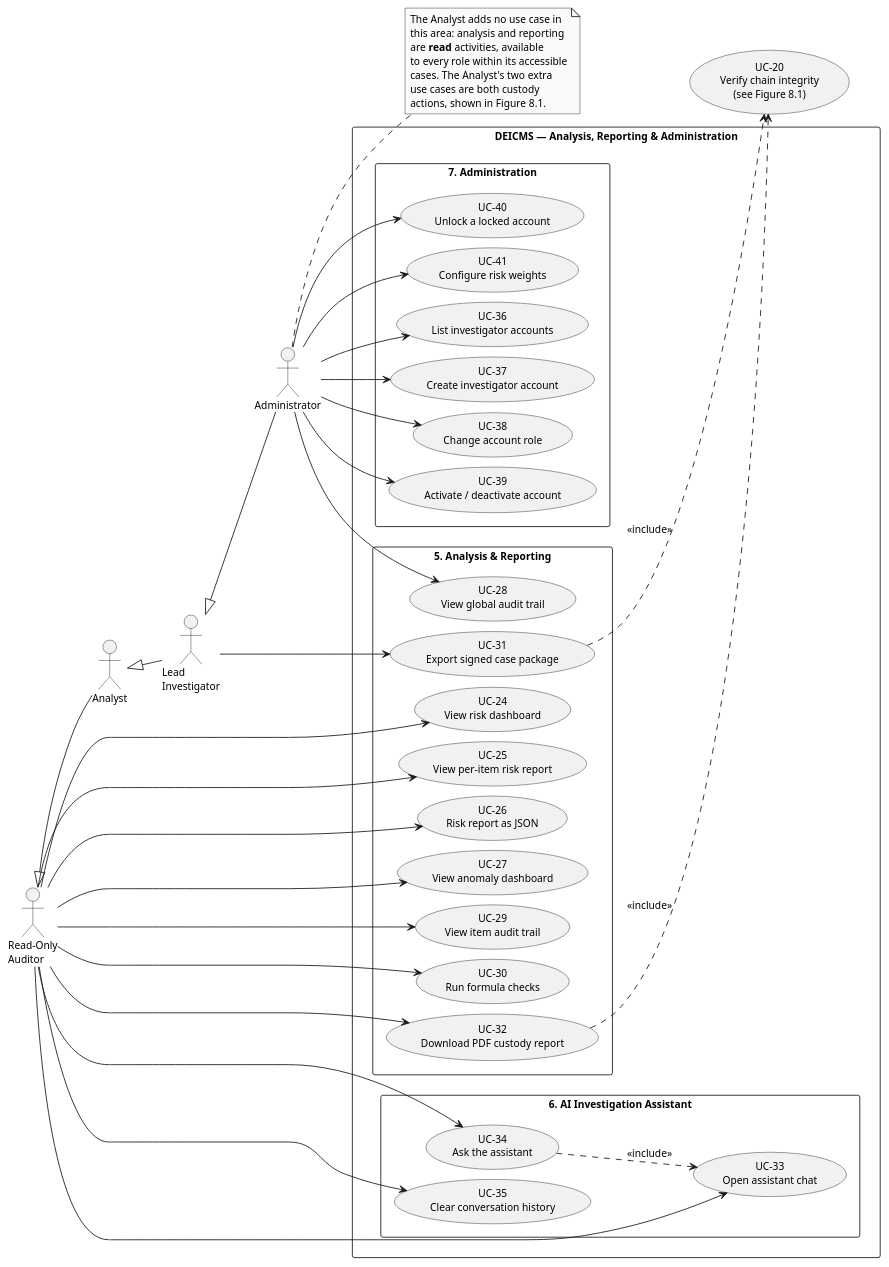
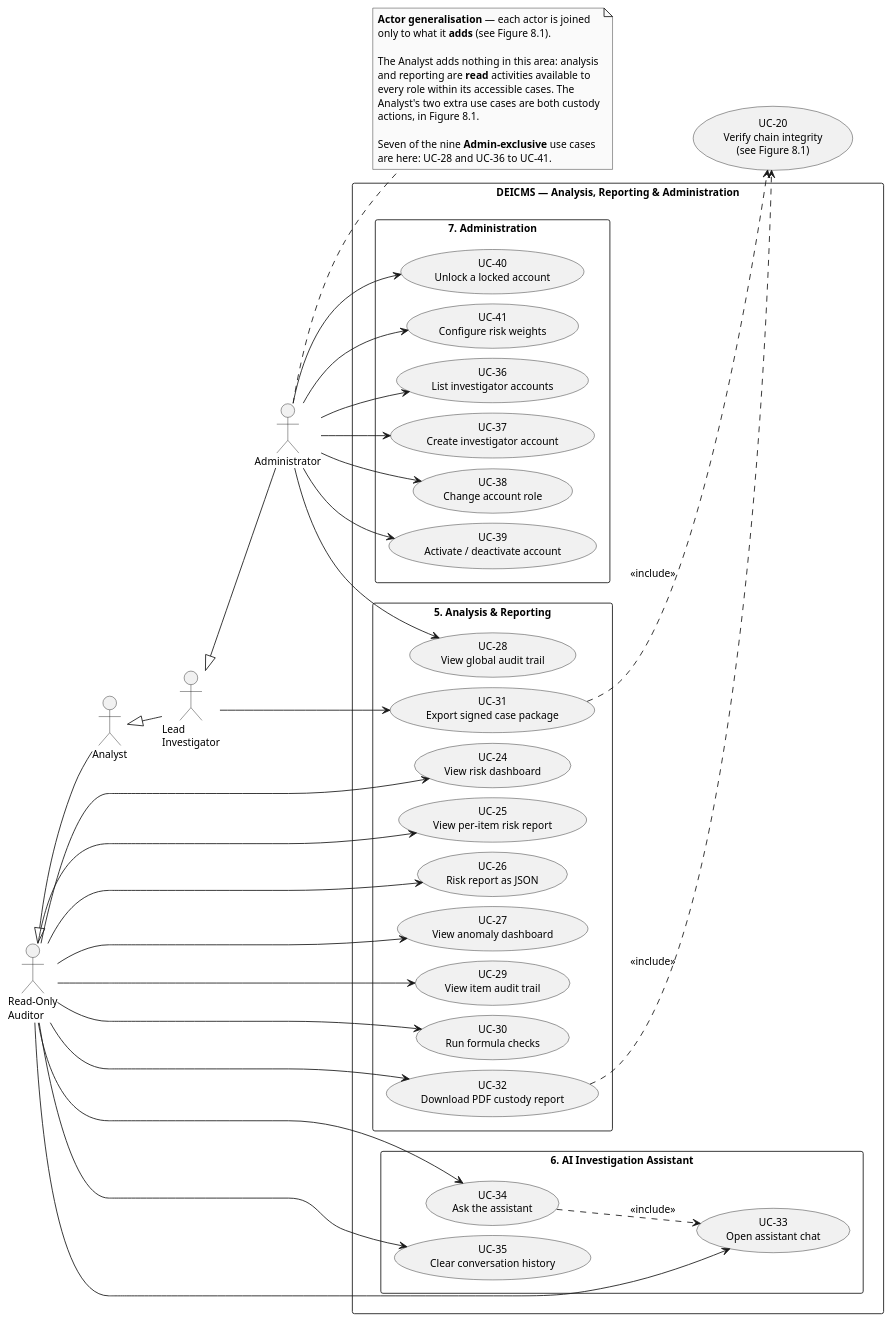
The diagram in diagrams_plantuml/02_use_case_analysis.puml (vidhyaharini0/DEICMS), drawn with PlantUML before and after one commit. The commit also changed 5 other files, not shown here.

Commit message:
Correct per-role use-case counts (Lead 32, Analyst 25); enumerate every use case per role; clarify that actor generalisation shows increments not totals

```diff
--- a/diagrams_plantuml/02_use_case_analysis.puml
+++ b/diagrams_plantuml/02_use_case_analysis.puml
@@ -1,93 +1,97 @@
 @startuml
 ' Figure 8.2 - Use Case Diagram (b): Analysis, Reporting, Assistant, Administration
 skinparam monochrome true
 skinparam shadowing false
 skinparam defaultFontName Arial
 skinparam defaultFontSize 12
 skinparam backgroundColor white
 skinparam packageStyle rectangle
 left to right direction
 skinparam nodesep 12
 skinparam ranksep 40
 
 actor "Read-Only\nAuditor" as RO
 actor "Analyst" as ANA
 actor "Lead\nInvestigator" as LEAD
 actor "Administrator" as ADM
 
 ANA  -up-|> RO
 LEAD -up-|> ANA
 ADM  -up-|> LEAD
 
 usecase "UC-20\nVerify chain integrity\n(see Figure 8.1)" as U20
 
 rectangle "DEICMS — Analysis, Reporting & Administration" {
 
   package "5. Analysis & Reporting" {
     usecase "UC-24\nView risk dashboard" as U24
     usecase "UC-25\nView per-item risk report" as U25
     usecase "UC-26\nRisk report as JSON" as U26
     usecase "UC-27\nView anomaly dashboard" as U27
     usecase "UC-29\nView item audit trail" as U29
     usecase "UC-30\nRun formula checks" as U30
     usecase "UC-32\nDownload PDF custody report" as U32
     usecase "UC-31\nExport signed case package" as U31
     usecase "UC-28\nView global audit trail" as U28
   }
 
   package "6. AI Investigation Assistant" {
     usecase "UC-33\nOpen assistant chat" as U33
     usecase "UC-34\nAsk the assistant" as U34
     usecase "UC-35\nClear conversation history" as U35
   }
 
   package "7. Administration" {
     usecase "UC-36\nList investigator accounts" as U36
     usecase "UC-37\nCreate investigator account" as U37
     usecase "UC-38\nChange account role" as U38
     usecase "UC-39\nActivate / deactivate account" as U39
     usecase "UC-40\nUnlock a locked account" as U40
     usecase "UC-41\nConfigure risk weights" as U41
   }
 }
 
 ' Read-Only Auditor - the base capability set
 RO --> U24
 RO --> U25
 RO --> U26
 RO --> U27
 RO --> U29
 RO --> U30
 RO --> U32
 RO --> U33
 RO --> U34
 RO --> U35
 
 ' Analyst adds nothing in this area
 
 ' Lead Investigator adds export
 LEAD --> U31
 
 ' Administrator adds oversight and account management
 ADM --> U28
 ADM --> U36
 ADM --> U37
 ADM --> U38
 ADM --> U39
 ADM --> U40
 ADM --> U41
 
 U31 ..> U20 : <<include>>
 U32 ..> U20 : <<include>>
 U34 ..> U33 : <<include>>
 
 note right of ADM
-  The Analyst adds no use case in
-  this area: analysis and reporting
-  are <b>read</b> activities, available
-  to every role within its accessible
-  cases. The Analyst's two extra
-  use cases are both custody
-  actions, shown in Figure 8.1.
+  <b>Actor generalisation</b> — each actor is joined
+  only to what it <b>adds</b> (see Figure 8.1).
+
+  The Analyst adds nothing in this area: analysis
+  and reporting are <b>read</b> activities available to
+  every role within its accessible cases. The
+  Analyst's two extra use cases are both custody
+  actions, in Figure 8.1.
+
+  Seven of the nine <b>Admin-exclusive</b> use cases
+  are here: UC-28 and UC-36 to UC-41.
 end note
 @enduml
```
